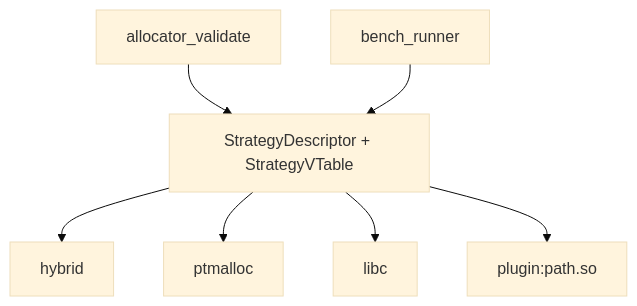
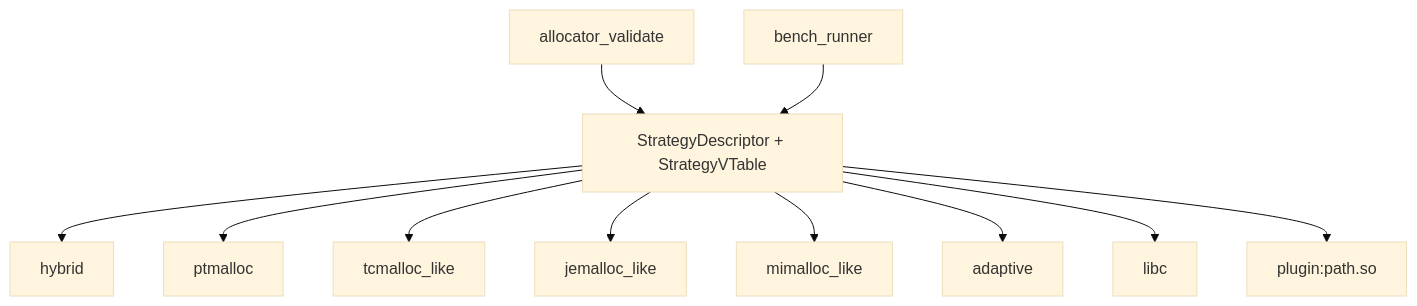
Before and after one commit to sdsasf/my_malloc: the diagram in docs/allocator_lab.md, drawn with Mermaid (base theme). The commit also changed other lines of this file and 23 other files, not shown here.

````diff
--- a/docs/allocator_lab.md
+++ b/docs/allocator_lab.md
@@ -18,17 +18,25 @@
 ```mermaid
 flowchart TB
     Bench["bench_runner"]
     Validate["allocator_validate"]
     API["StrategyDescriptor + StrategyVTable"]
     Hybrid["hybrid"]
     Ptmalloc["ptmalloc"]
+    TC["tcmalloc_like"]
+    JE["jemalloc_like"]
+    MI["mimalloc_like"]
+    AD["adaptive"]
     Libc["libc"]
     Plugin["plugin:path.so"]
 
     Validate --> API
     Bench --> API
     API --> Hybrid
     API --> Ptmalloc
+    API --> TC
+    API --> JE
+    API --> MI
+    API --> AD
     API --> Libc
     API --> Plugin
 ```
````
